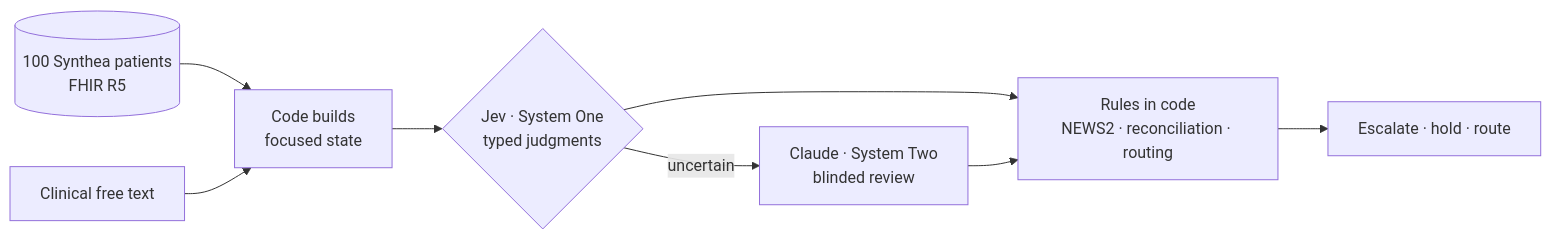
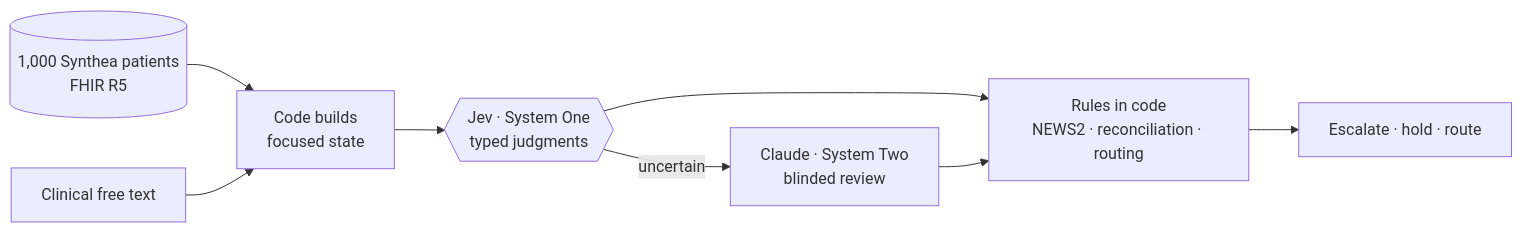
The diagram in docs/index.md (si618/explore-typesafe-ai), drawn with Mermaid before and after one commit. The commit also changed other lines of this file and 13 other files, not shown here.

````diff
--- a/docs/index.md
+++ b/docs/index.md
@@ -5,10 +5,10 @@
 ```mermaid
 flowchart LR
-  FHIR[(100 Synthea patients<br/>FHIR R5)] --> ST[Code builds<br/>focused state]
+  FHIR[(1,000 Synthea patients<br/>FHIR R5)] --> ST[Code builds<br/>focused state]
   NOTE[Clinical free text] --> ST
-  ST --> JEV{Jev · System One<br/>typed judgments}
+  ST --> JEV{{Jev · System One<br/>typed judgments}}
   JEV --> CODE[Rules in code<br/>NEWS2 · reconciliation · routing]
   JEV -- uncertain --> S2[Claude · System Two<br/>blinded review]
   S2 --> CODE
   CODE --> ACT[Escalate · hold · route]
 ```
````
